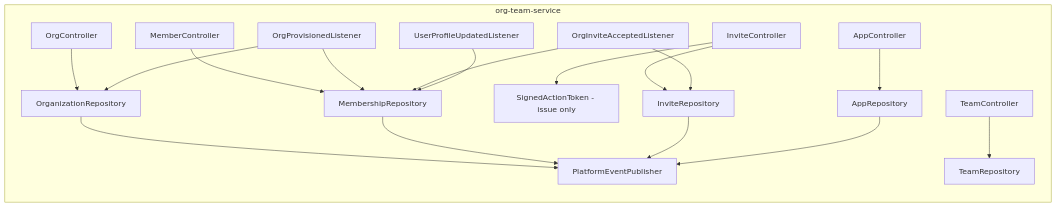
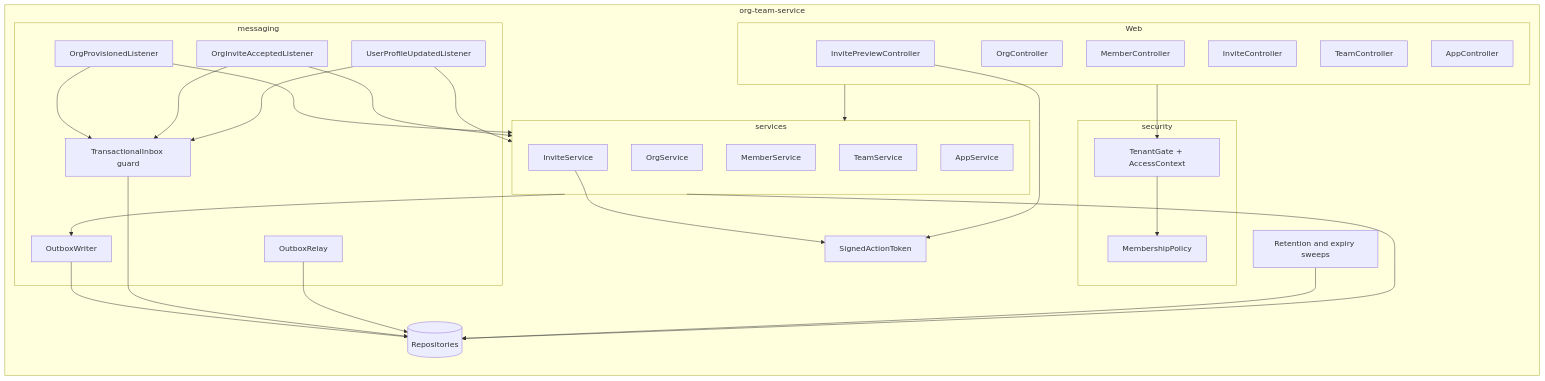
One commit to Wamitinewton/Pallet.io changed the eighth of 8 diagrams in docs/org-team-service/ARCHITECTURE.md. Above: the diagram before and after it, drawn with Mermaid. The commit also changed other lines of this file and 4 other files, not shown here.

````diff
--- a/docs/org-team-service/ARCHITECTURE.md
+++ b/docs/org-team-service/ARCHITECTURE.md
@@ -569,33 +921,45 @@
 ```mermaid
 flowchart TB
     subgraph OrgTeamSvc["org-team-service"]
         direction TB
-        OrgCtl[OrgController]
-        MemberCtl[MemberController]
-        InviteCtl[InviteController]
-        TeamCtl[TeamController]
-        AppCtl[AppController]
-        L1[OrgProvisionedListener]
-        L2[OrgInviteAcceptedListener]
-        L3[UserProfileUpdatedListener]
-        Tok[SignedActionToken - issue only]
-        Repo1[OrganizationRepository]
-        Repo2[MembershipRepository]
-        Repo3[InviteRepository]
-        Repo4[TeamRepository]
-        Repo5[AppRepository]
-        Pub[PlatformEventPublisher]
+        subgraph Web
+            OrgCtl[OrgController]
+            MemberCtl[MemberController]
+            InviteCtl[InviteController]
+            PreviewCtl[InvitePreviewController]
+            TeamCtl[TeamController]
+            AppCtl[AppController]
+        end
+        subgraph Sec["security"]
+            Gate[TenantGate + AccessContext]
+            Pol[MembershipPolicy]
+        end
+        subgraph Dom["services"]
+            OrgSvc[OrgService]
+            MemberSvc[MemberService]
+            InviteSvc[InviteService]
+            TeamSvc[TeamService]
+            AppSvc[AppService]
+        end
+        subgraph Msg["messaging"]
+            L1[OrgProvisionedListener]
+            L2[OrgInviteAcceptedListener]
+            L3[UserProfileUpdatedListener]
+            Inbox[TransactionalInbox guard]
+            Writer[OutboxWriter]
+            Relay[OutboxRelay]
+        end
+        Tok[SignedActionToken]
+        Sweeps[Retention and expiry sweeps]
+        Repos[(Repositories)]
     end
-
-    OrgCtl --> Repo1 --> Pub
-    MemberCtl --> Repo2 --> Pub
-    InviteCtl --> Tok
-    InviteCtl --> Repo3 --> Pub
-    TeamCtl --> Repo4
-    AppCtl --> Repo5 --> Pub
-    L1 --> Repo1
-    L1 --> Repo2
-    L2 --> Repo3
-    L2 --> Repo2
-    L3 --> Repo2
+    Web --> Gate --> Pol
+    Web --> Dom --> Repos
+    Dom --> Writer --> Repos
+    InviteSvc --> Tok
+    PreviewCtl --> Tok
+    L1 & L2 & L3 --> Inbox --> Repos
+    L1 & L2 & L3 --> Dom
+    Relay --> Repos
+    Sweeps --> Repos
 ```
````
